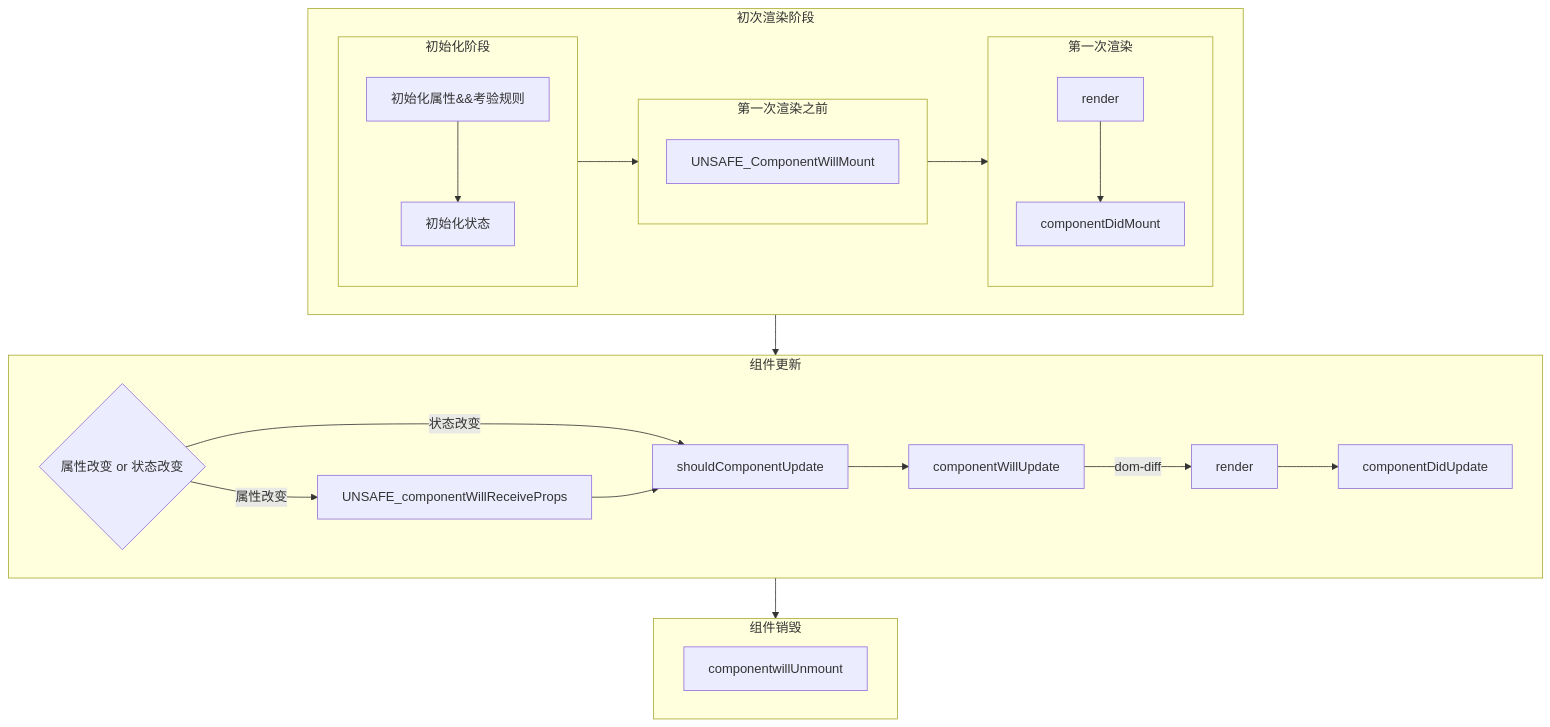
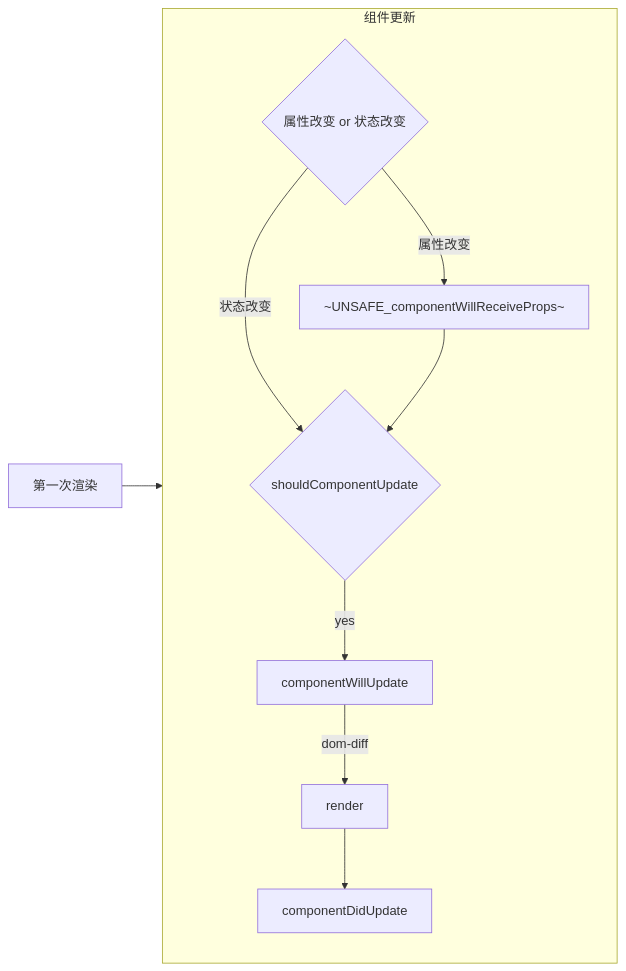
One commit to HelenZhangLP/blog changed the second of 7 diagrams in source/_drafts/react-生命周期.md. Above: the diagram before and after it, drawn with Mermaid. The commit also changed other lines of this file and 8 other files, not shown here.

````diff
--- a/source/_drafts/react-生命周期.md
+++ b/source/_drafts/react-生命周期.md
@@ -8,32 +21,12 @@
 ```mermaid
-  flowchart TB
-  subgraph 初次渲染阶段
-    subgraph 初始化阶段
-      step1[初始化属性&&考验规则] --> stpe2[初始化状态]
-    end
-    subgraph 第一次渲染之前
-      step3[UNSAFE_ComponentWillMount]
-    end
-    subgraph 第一次渲染
-      step4[render] --> step5[componentDidMount]
-    end
-    初始化阶段 --> 第一次渲染之前
-    第一次渲染之前 --> 第一次渲染
-  end
-
+  flowchart LR
+  第一次渲染 --> 组件更新
   subgraph 组件更新
-    condition1{属性改变 or 状态改变} -->|属性改变| step6_1[UNSAFE_componentWillReceiveProps]
-    condition1 -->|状态改变| step6[shouldComponentUpdate]
+    condition1{属性改变 or 状态改变} -->|属性改变| step6_1["~UNSAFE_componentWillReceiveProps~"]
+    condition1 -->|状态改变| step6{shouldComponentUpdate}
     step6_1 --> step6
-    step6 --> step7[componentWillUpdate]
+    step6 -->|yes| step7[componentWillUpdate]
     step7 -->|dom-diff| step8[render]
     step8 --> step9[componentDidUpdate]
   end
-
-  subgraph 组件销毁
-    step10[componentwillUnmount]
-  end
-
-  初次渲染阶段 --> 组件更新
-  组件更新 --> 组件销毁
 ```
````
